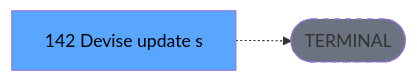
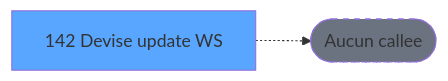
The third of 3 diagrams in .openspec/specs/ADH-IDE-142.md (thonyAGP/magic-migration), drawn with Mermaid before and after one commit. The commit also changed other lines of this file and 179 other files, not shown here.

````diff
--- a/.openspec/specs/ADH-IDE-142.md
+++ b/.openspec/specs/ADH-IDE-142.md
@@ -134,8 +193,8 @@
 ```mermaid
 graph LR
-    T[142 Devise update s]
-    TERM([TERMINAL])
+    T[142 Devise update WS]
+    TERM([Aucun callee])
     T -.-> TERM
+    style T fill:#58a6ff
     style TERM fill:#6b7280,stroke-dasharray: 5 5
-    style T fill:#58a6ff,color:#000
 ```
````
